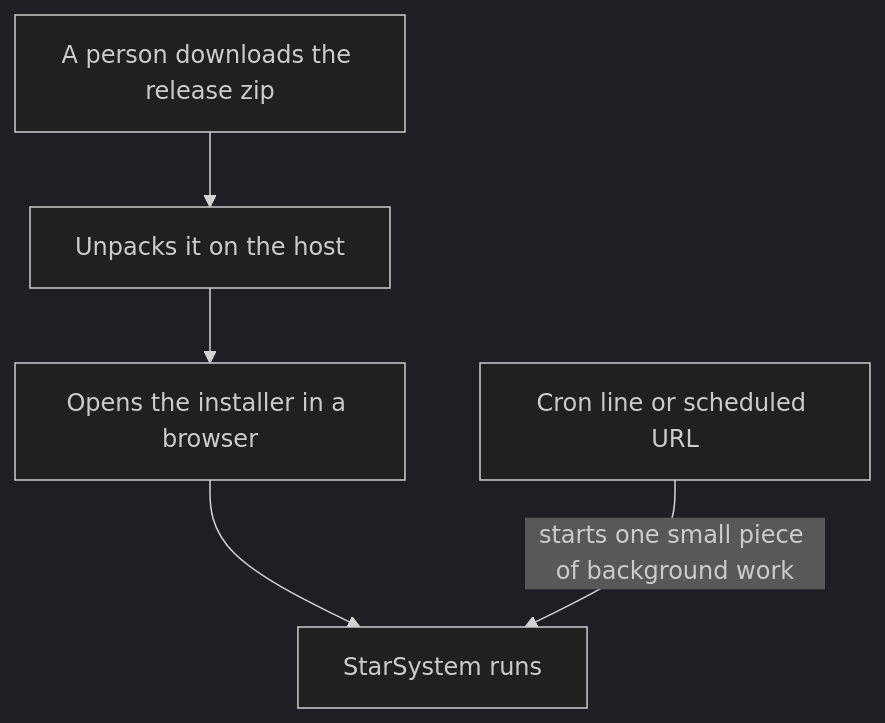
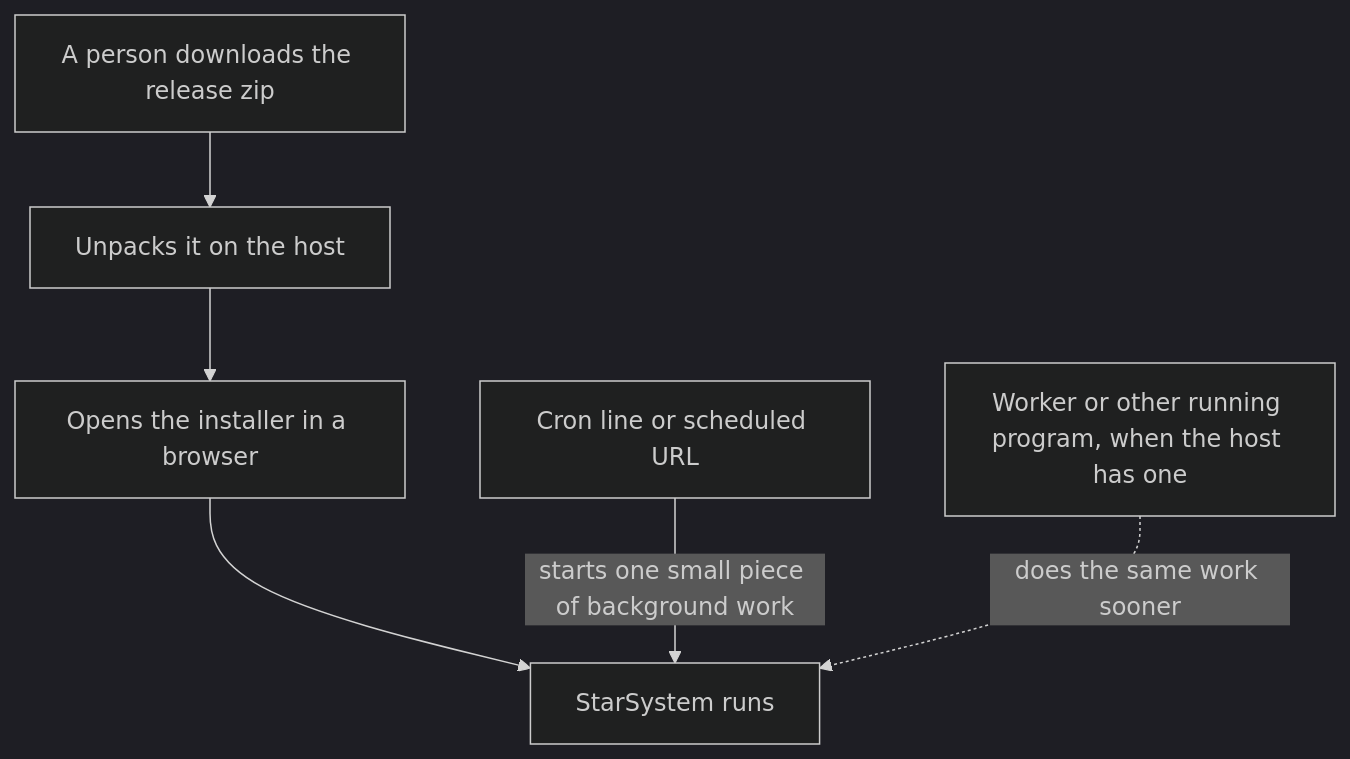
The diagram in adrs/0001-shared-hosting-is-the-floor.md (konstelasi/SSDPG), drawn with Mermaid (dark theme) before and after one commit. The commit also changed other lines of this file and 1 other file, not shown here.

First line of the commit message:
Allow a running program as an accelerator in ADR 0001

````diff
--- a/adrs/0001-shared-hosting-is-the-floor.md
+++ b/adrs/0001-shared-hosting-is-the-floor.md
@@ -30,7 +38,8 @@
 ```mermaid
 flowchart TD
     A[A person downloads the release zip] --> B[Unpacks it on the host]
     B --> C[Opens the installer in a browser]
     C --> D[StarSystem runs]
     E[Cron line or scheduled URL] -->|starts one small piece of background work| D
+    F["Worker or other running program, when the host has one"] -.->|does the same work sooner| D
 ```
````
